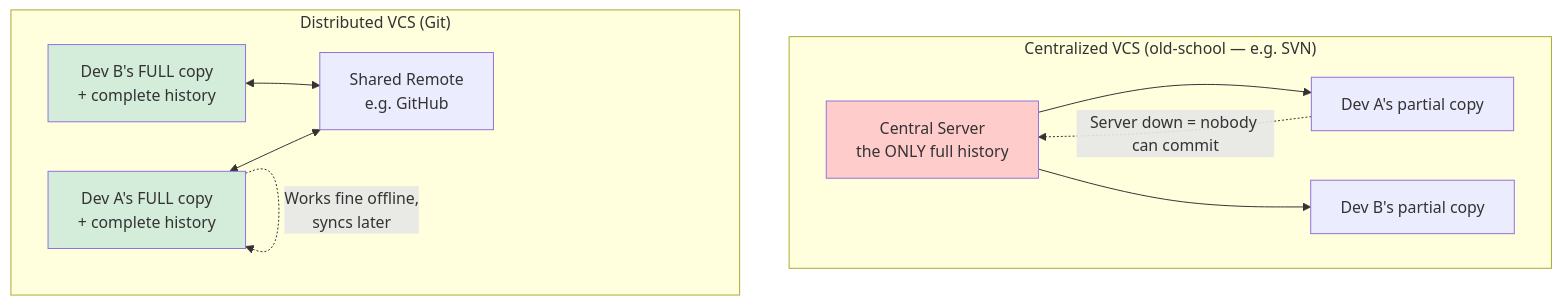
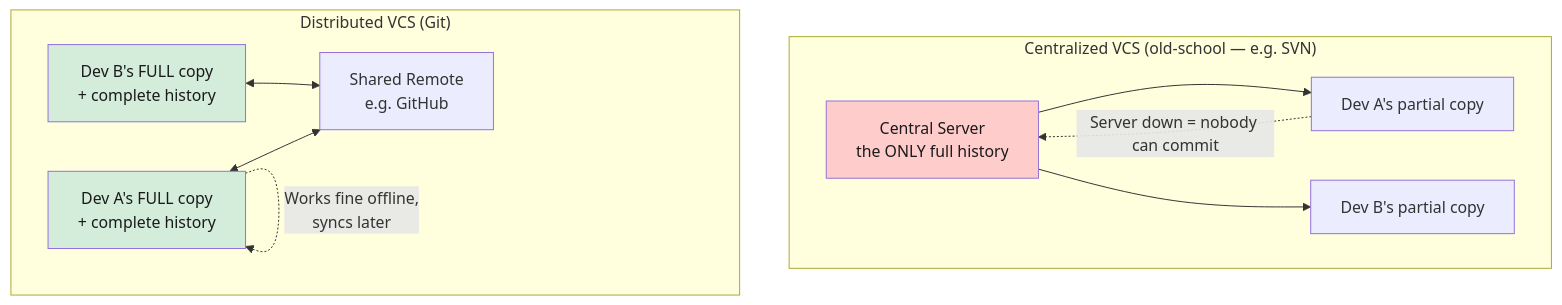
One commit to ghanendra-sdet/git-tutorials changed the diagram in 00-introduction/README.md. Above: the diagram before and after it, drawn with Mermaid. The commit also changed 5 other files, not shown here.

First line of the commit message:
fix: illegible mermaid diagram text in dark mode

````diff
--- a/00-introduction/README.md
+++ b/00-introduction/README.md
@@ -133,20 +133,20 @@
 ```mermaid
 graph TB
     subgraph "Centralized VCS (old-school — e.g. SVN)"
         C1[Central Server<br/>the ONLY full history]
         C1 --> D1[Dev A's partial copy]
         C1 --> D2[Dev B's partial copy]
         D1 -.->|Server down = nobody can commit| C1
     end
 
     subgraph "Distributed VCS (Git)"
         S[Shared Remote<br/>e.g. GitHub]
         E1[Dev A's FULL copy<br/>+ complete history] <--> S
         E2[Dev B's FULL copy<br/>+ complete history] <--> S
         E1 -.->|Works fine offline,<br/>syncs later| E1
     end
 
-    style C1 fill:#ffcccc
-    style E1 fill:#d4edda
-    style E2 fill:#d4edda
+    style C1 fill:#ffcccc,color:#1a1a1a
+    style E1 fill:#d4edda,color:#1a1a1a
+    style E2 fill:#d4edda,color:#1a1a1a
 ```
````
